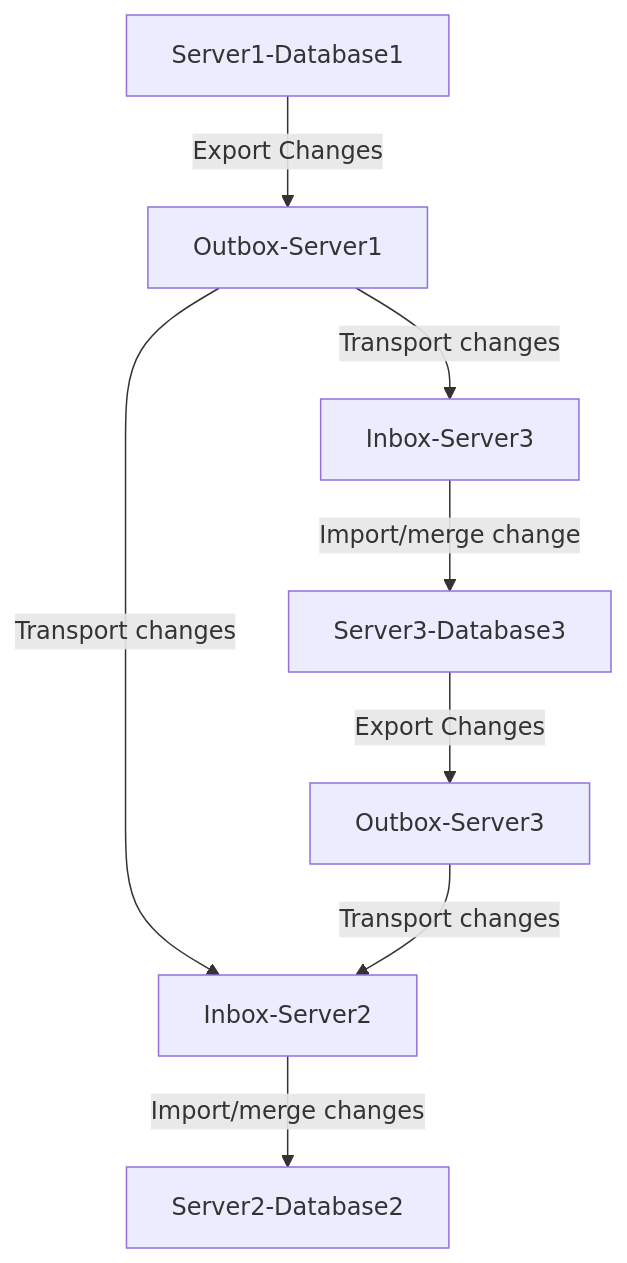
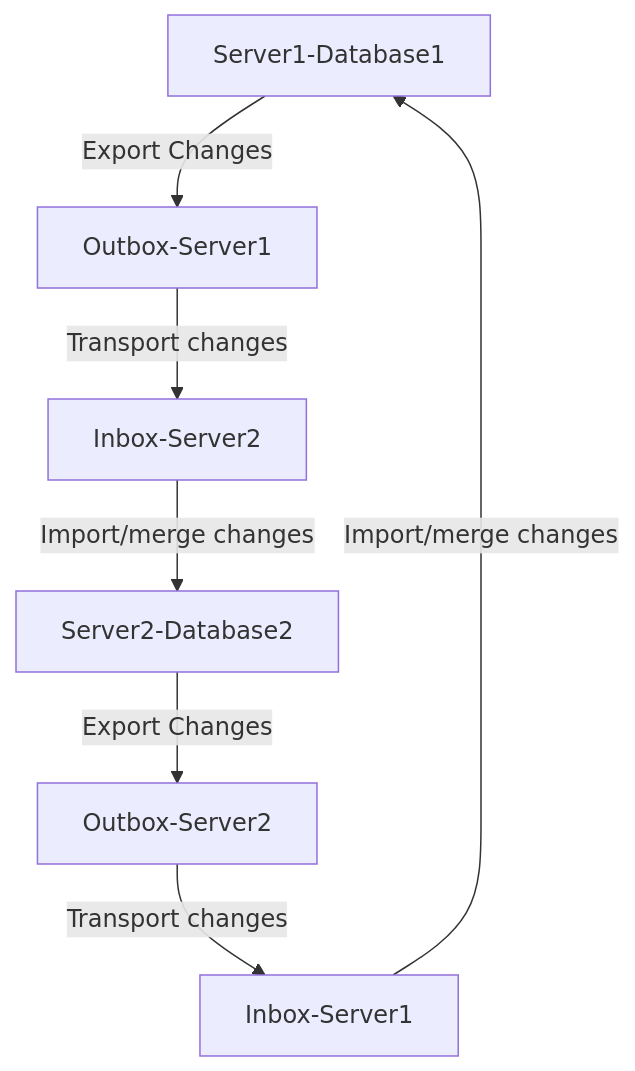
The diagram in README.md (milan888-design/synchronize-data), drawn with Mermaid before and after one commit. The commit also changed other lines of this file, not shown here.

````diff
--- a/README.md
+++ b/README.md
@@ -11,10 +11,9 @@
 ```mermaid  
 flowchart TD  
     A[Server1-Database1] -->|Export Changes| B[Outbox-Server1]  
     B[Outbox-Server1] -->|Transport changes| C[Inbox-Server2]  
-    B[Outbox-Server1] -->|Transport changes| D[Inbox-Server3]  
     C[Inbox-Server2]   -->|Import/merge changes| E[Server2-Database2] 
-    D[Inbox-Server3]   -->|Import/merge change| F[Server3-Database3]   
-    F[Server3-Database3] -->|Export Changes| G[Outbox-Server3]  
-    G[Outbox-Server3] -->|Transport changes| C[Inbox-Server2]  
+    E[Server2-Database2]  -->|Export Changes| G[Outbox-Server2]  
+    G[Outbox-Server2] -->|Transport changes| H[Inbox-Server1]  
+    H[Inbox-Server1]   -->|Import/merge changes| A[Server1-Database1] 
 ```  
````
